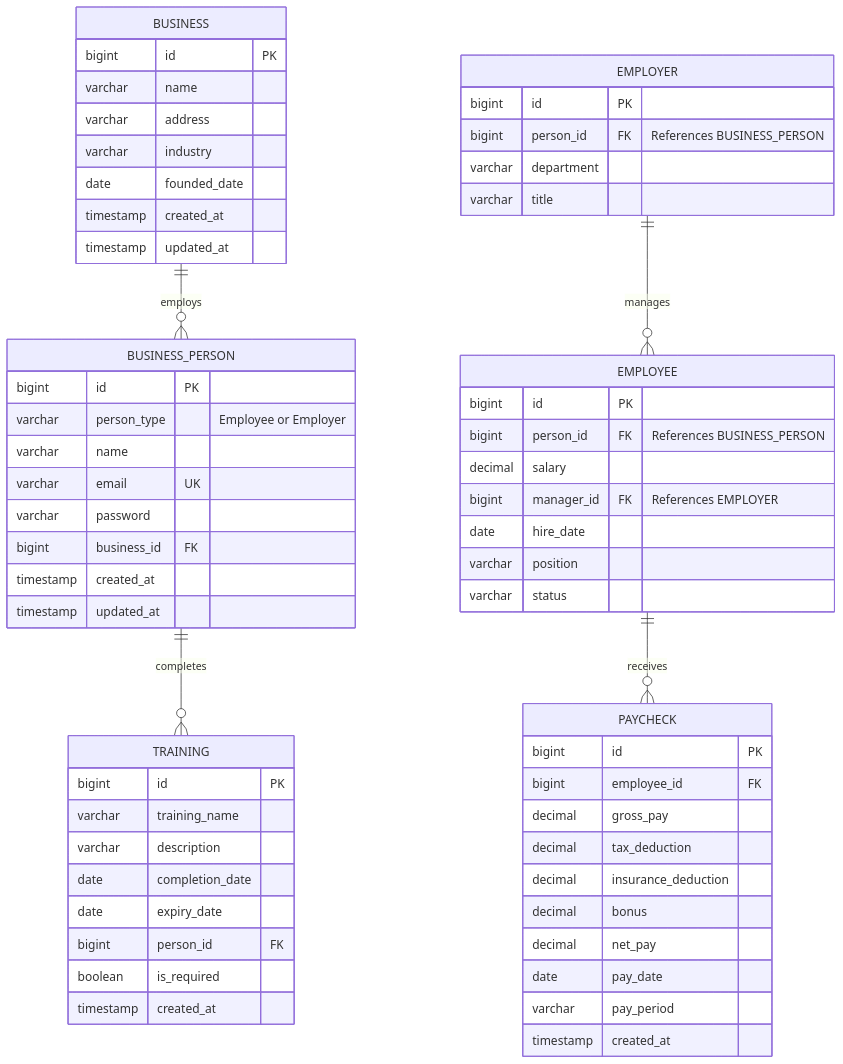
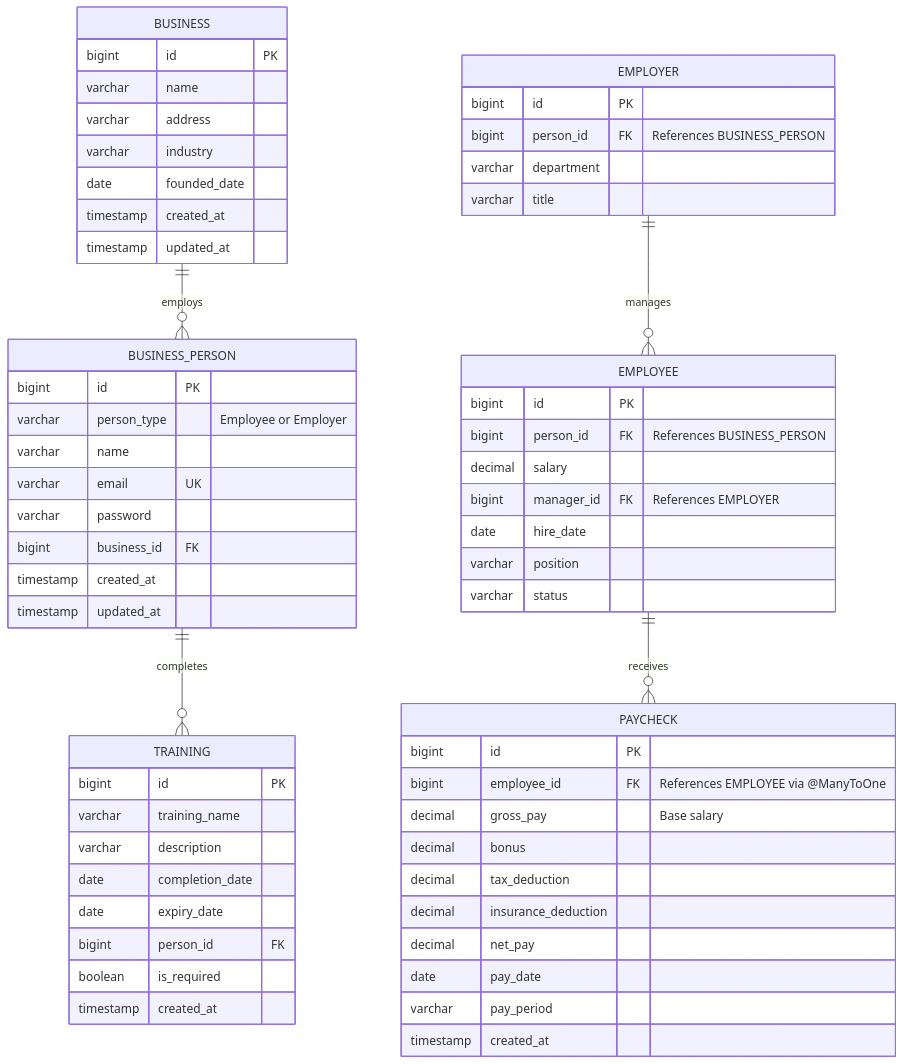
One commit to JacobLef/Buzy changed the diagram in src/docs/uml/er-diagram.mmd. Above: the diagram before and after it, drawn with Mermaid. The commit also changed 35 other files, not shown here.

```diff
--- a/src/docs/uml/er-diagram.mmd
+++ b/src/docs/uml/er-diagram.mmd
@@ -1,67 +1,67 @@
 erDiagram
     BUSINESS ||--o{ BUSINESS_PERSON : employs
     BUSINESS_PERSON ||--o{ TRAINING : completes
     EMPLOYEE ||--o{ PAYCHECK : receives
     EMPLOYER ||--o{ EMPLOYEE : manages
 
     BUSINESS {
         bigint id PK
         varchar name
         varchar address
         varchar industry
         date founded_date
         timestamp created_at
         timestamp updated_at
     }
 
     BUSINESS_PERSON {
         bigint id PK
         varchar person_type "Employee or Employer"
         varchar name
         varchar email UK
         varchar password
         bigint business_id FK
         timestamp created_at
         timestamp updated_at
     }
 
     EMPLOYEE {
         bigint id PK
         bigint person_id FK "References BUSINESS_PERSON"
         decimal salary
         bigint manager_id FK "References EMPLOYER"
         date hire_date
         varchar position
         varchar status
     }
 
     EMPLOYER {
         bigint id PK
         bigint person_id FK "References BUSINESS_PERSON"
         varchar department
         varchar title
     }
 
     TRAINING {
         bigint id PK
         varchar training_name
         varchar description
         date completion_date
         date expiry_date
         bigint person_id FK
         boolean is_required
         timestamp created_at
     }
 
     PAYCHECK {
         bigint id PK
-        bigint employee_id FK
-        decimal gross_pay
+        bigint employee_id FK "References EMPLOYEE via @ManyToOne"
+        decimal gross_pay "Base salary"
+        decimal bonus 
         decimal tax_deduction
         decimal insurance_deduction
-        decimal bonus
         decimal net_pay
         date pay_date
         varchar pay_period
         timestamp created_at
     }
```
